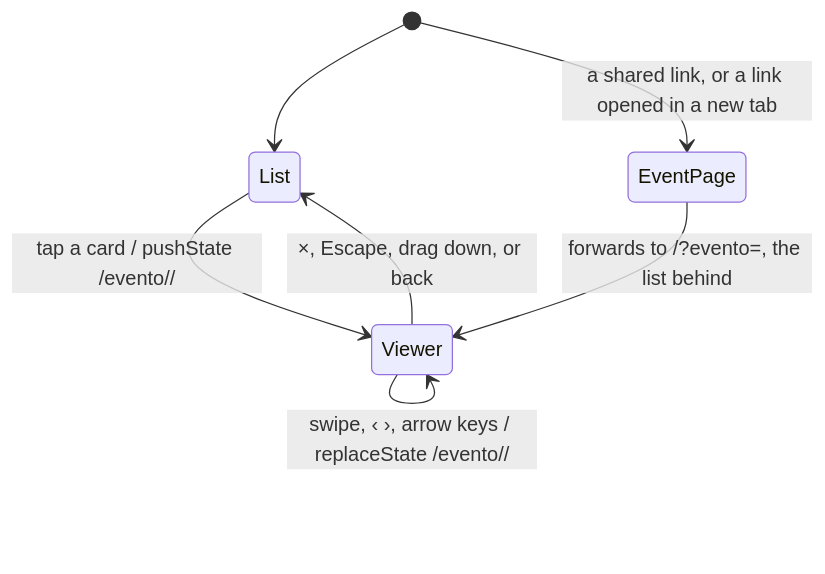
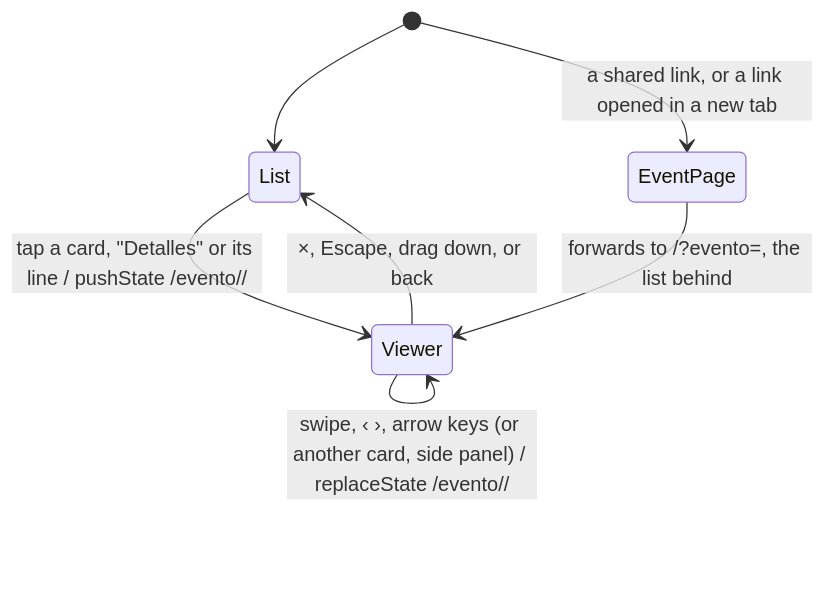
Before and after one commit to pa-bailar/pa-bailar.github.io: the eighth of 9 diagrams in docs/ARCHITECTURE.md, drawn with Mermaid. The commit also changed other lines of this file and 21 other files, not shown here.

````diff
--- a/docs/ARCHITECTURE.md
+++ b/docs/ARCHITECTURE.md
@@ -388,9 +388,9 @@
 ```mermaid
 stateDiagram-v2
     [*] --> List
-    List --> Viewer: tap a card / pushState /evento/<id>/
-    Viewer --> Viewer: swipe, ‹ ›, arrow keys / replaceState /evento/<other id>/
+    List --> Viewer: tap a card, "Detalles" or its line / pushState /evento/<id>/
+    Viewer --> Viewer: swipe, ‹ ›, arrow keys (or another card, side panel) / replaceState /evento/<other id>/
     Viewer --> List: ×, Escape, drag down, or back
     [*] --> EventPage: a shared link, or a link opened in a new tab
     EventPage --> Viewer: forwards to /?evento=<id>, the list behind
 ```
````
